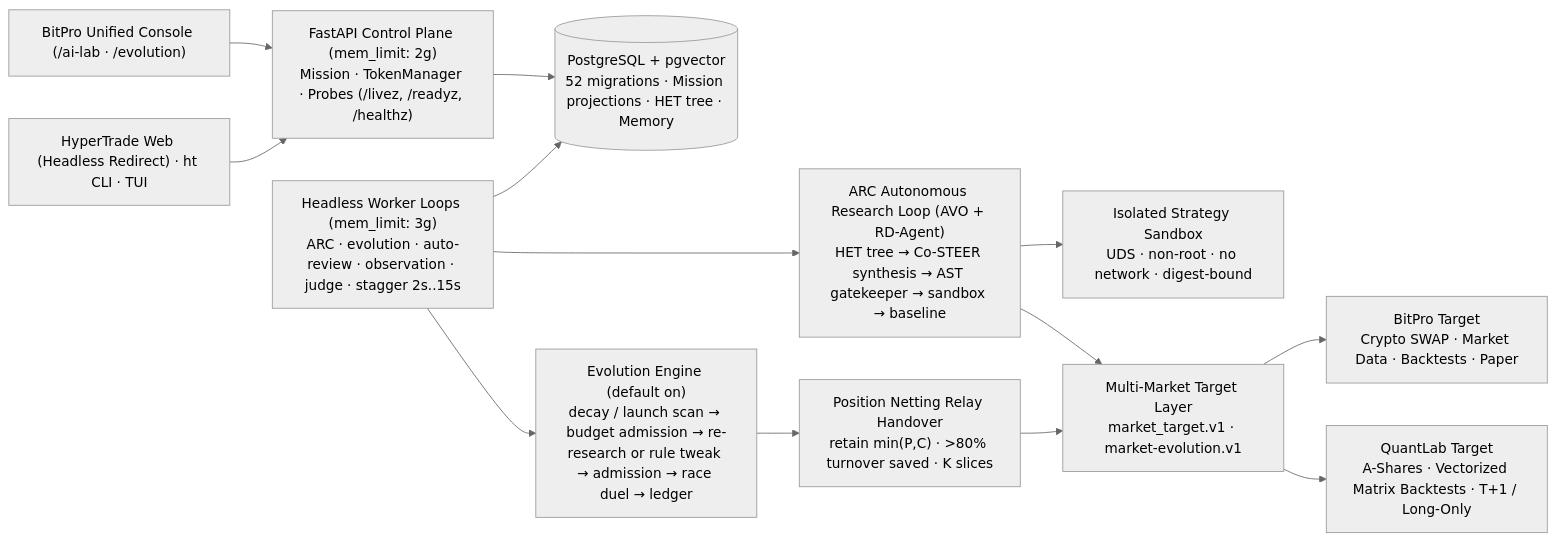
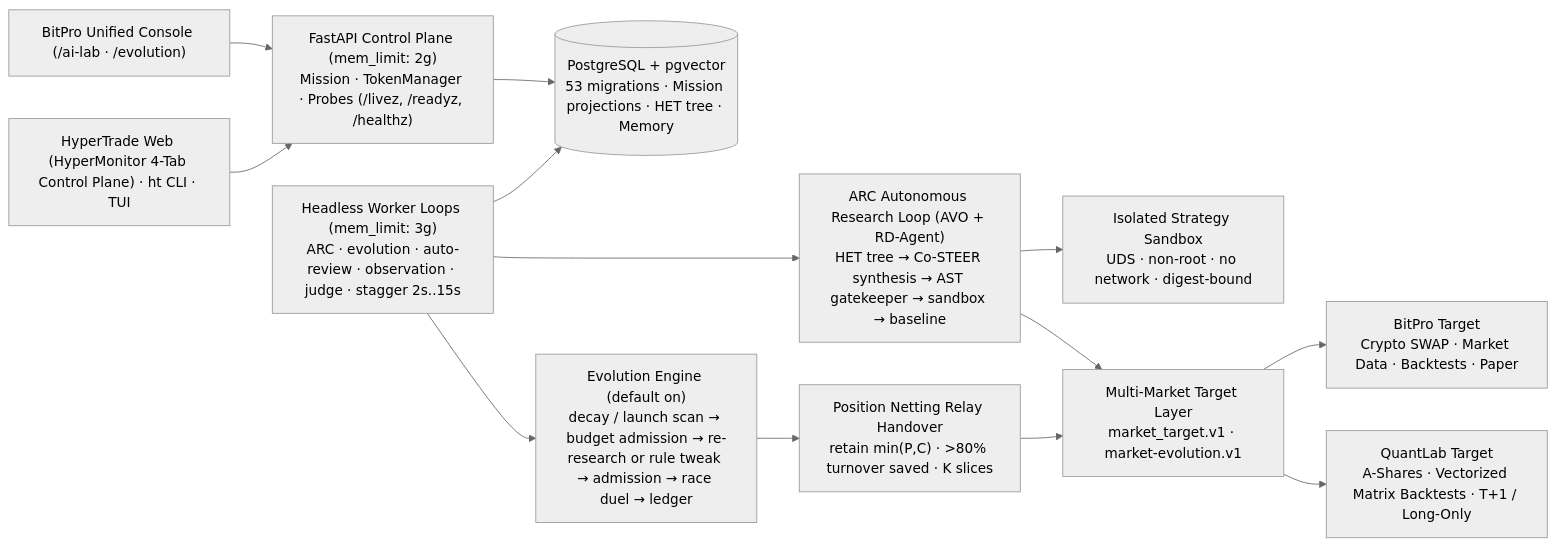
One commit to Shadowell/HyperTrade changed the first of 2 diagrams in README.en.md. Above: the diagram before and after it, drawn with Mermaid (neutral theme). The commit also changed other lines of this file and 7 other files, not shown here.

Commit message:
docs: synchronize HyperMonitor 4-tab workbench and control-plane APIs

````diff
--- a/README.en.md
+++ b/README.en.md
@@ -55,15 +55,15 @@
 ```mermaid
 flowchart LR
   BitProUI["BitPro Unified Console (/ai-lab · /evolution)"] --> API["FastAPI Control Plane (mem_limit: 2g)<br/>Mission · TokenManager · Probes (/livez, /readyz, /healthz)"]
-  Op["HyperTrade Web (Headless Redirect) · ht CLI · TUI"] --> API
-  API --> DB[("PostgreSQL + pgvector<br/>52 migrations · Mission projections · HET tree · Memory")]
+  Op["HyperTrade Web (HyperMonitor 4-Tab Control Plane) · ht CLI · TUI"] --> API
+  API --> DB[("PostgreSQL + pgvector<br/>53 migrations · Mission projections · HET tree · Memory")]
   Worker["Headless Worker Loops (mem_limit: 3g)<br/>ARC · evolution · auto-review · observation · judge · stagger 2s..15s"] --> DB
   Worker --> Research["ARC Autonomous Research Loop (AVO + RD-Agent)<br/>HET tree → Co-STEER synthesis → AST gatekeeper → sandbox → baseline"]
   Worker --> Evolution["Evolution Engine (default on)<br/>decay / launch scan → budget admission → re-research or rule tweak → admission → race duel → ledger"]
   Research --> Sandbox["Isolated Strategy Sandbox<br/>UDS · non-root · no network · digest-bound"]
   Research --> Targets["Multi-Market Target Layer<br/>market_target.v1 · market-evolution.v1"]
   Evolution --> Relay["Position Netting Relay Handover<br/>retain min(P,C) · >80% turnover saved · K slices"]
   Relay --> Targets
   Targets --> BitPro["BitPro Target<br/>Crypto SWAP · Market Data · Backtests · Paper"]
   Targets --> QuantLab["QuantLab Target<br/>A-Shares · Vectorized Matrix Backtests · T+1 / Long-Only"]
 ```
````
